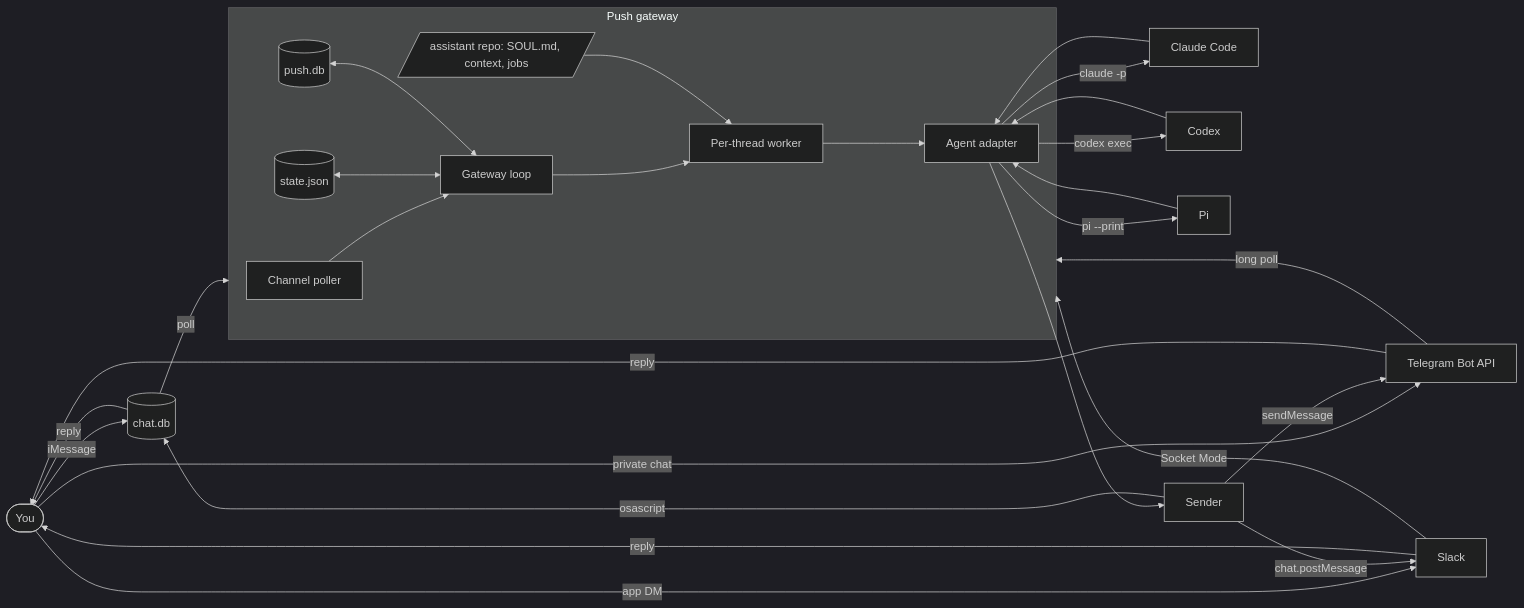
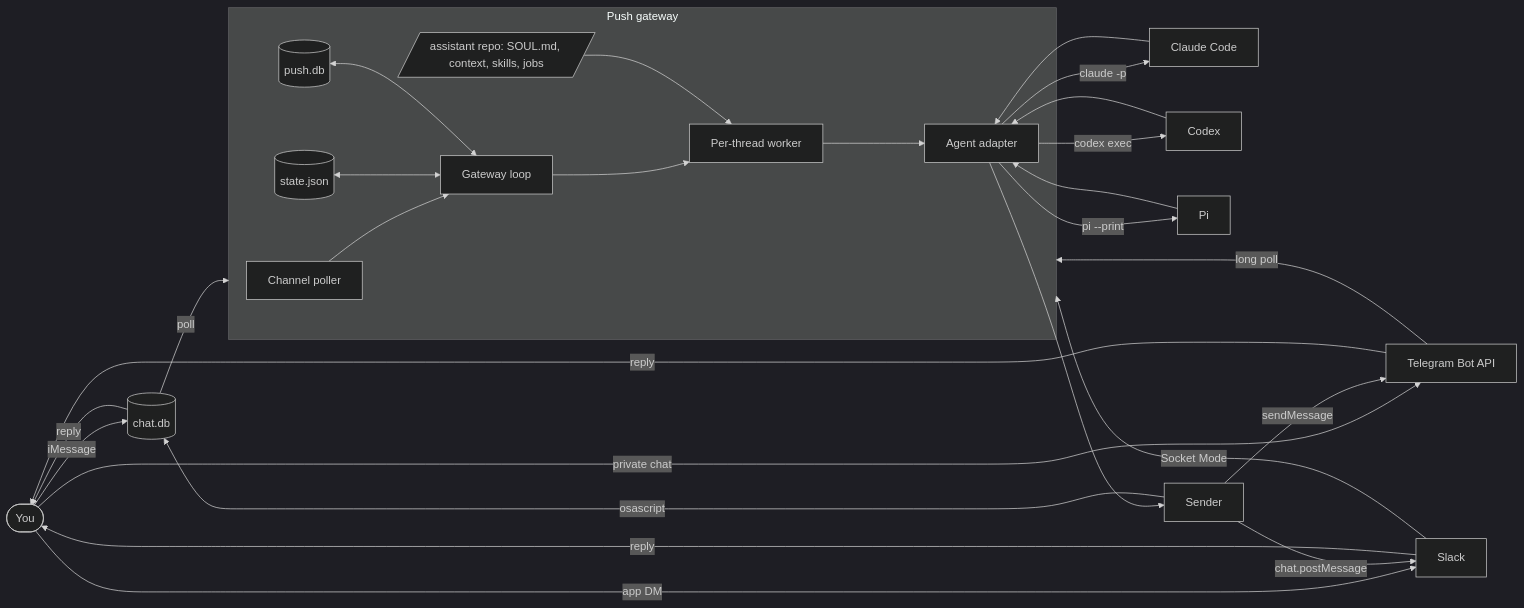
One commit to owainlewis/push changed the first of 2 diagrams in docs/architecture.md. Above: the diagram before and after it, drawn with Mermaid (dark theme). The commit also changed other lines of this file and 16 other files, not shown here.

Commit message:
feat: add portable assistant skills

````diff
--- a/docs/architecture.md
+++ b/docs/architecture.md
@@ -64,30 +64,30 @@
 ```mermaid
 flowchart LR
     user([You]) -->|iMessage| db[(chat.db)]
     user -->|private chat| tg[Telegram Bot API]
     user -->|app DM| slack[Slack]
     db -->|poll| push
     tg -->|long poll| push
     slack -->|Socket Mode| push
     subgraph push[Push gateway]
         poller[Channel poller] --> gateway[Gateway loop]
         gateway --> worker[Per-thread worker]
         store[(state.json)] <--> gateway
         history[(push.db)] <--> gateway
-        assistant[/assistant repo: SOUL.md, context, jobs/] --> worker
+        assistant[/assistant repo: SOUL.md, context, skills, jobs/] --> worker
         worker --> adapter[Agent adapter]
     end
     adapter -->|claude -p| claude[Claude Code]
     adapter -->|codex exec| codex[Codex]
     adapter -->|pi --print| pi[Pi]
     claude --> adapter
     codex --> adapter
     pi --> adapter
     adapter --> sender[Sender]
     sender -->|osascript| db
     sender -->|sendMessage| tg
     sender -->|chat.postMessage| slack
     db -->|reply| user
     tg -->|reply| user
     slack -->|reply| user
 ```
````
